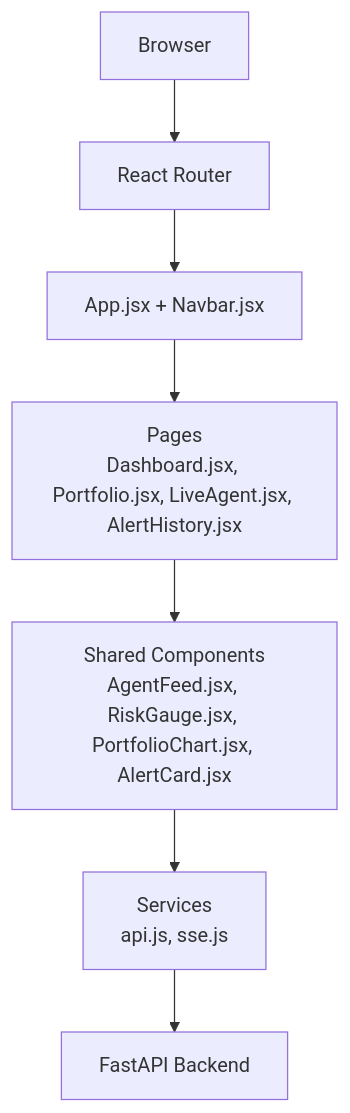
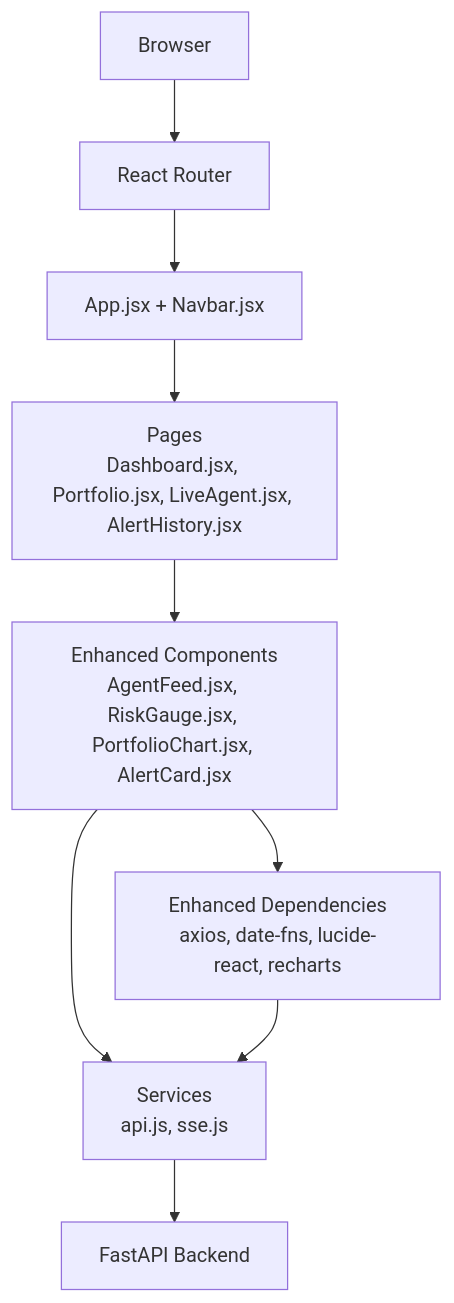
Before and after one commit to ishwarambare/ishwarambare-app: the second of 10 diagrams in .qoder/repowiki/en/content/Frontend Architecture/React Application Structure.md, drawn with Mermaid. The commit also changed other lines of this file and 4 other files, not shown here.

````diff
--- a/.qoder/repowiki/en/content/Frontend Architecture/React Application Structure.md
+++ b/.qoder/repowiki/en/content/Frontend Architecture/React Application Structure.md
@@ -147,16 +186,19 @@
 ```mermaid
 graph TB
 CLIENT["Browser"]
 ROUTER["React Router"]
 LAYOUT["App.jsx + Navbar.jsx"]
 PAGES["Pages<br/>Dashboard.jsx, Portfolio.jsx, LiveAgent.jsx, AlertHistory.jsx"]
-COMPONENTS["Shared Components<br/>AgentFeed.jsx, RiskGauge.jsx, PortfolioChart.jsx, AlertCard.jsx"]
+COMPONENTS["Enhanced Components<br/>AgentFeed.jsx, RiskGauge.jsx, PortfolioChart.jsx, AlertCard.jsx"]
 SERVICES["Services<br/>api.js, sse.js"]
+DEPS["Enhanced Dependencies<br/>axios, date-fns, lucide-react, recharts"]
 BACKEND["FastAPI Backend"]
 CLIENT --> ROUTER
 ROUTER --> LAYOUT
 LAYOUT --> PAGES
 PAGES --> COMPONENTS
 COMPONENTS --> SERVICES
+COMPONENTS --> DEPS
 SERVICES --> BACKEND
+DEPS --> SERVICES
 ```
````
